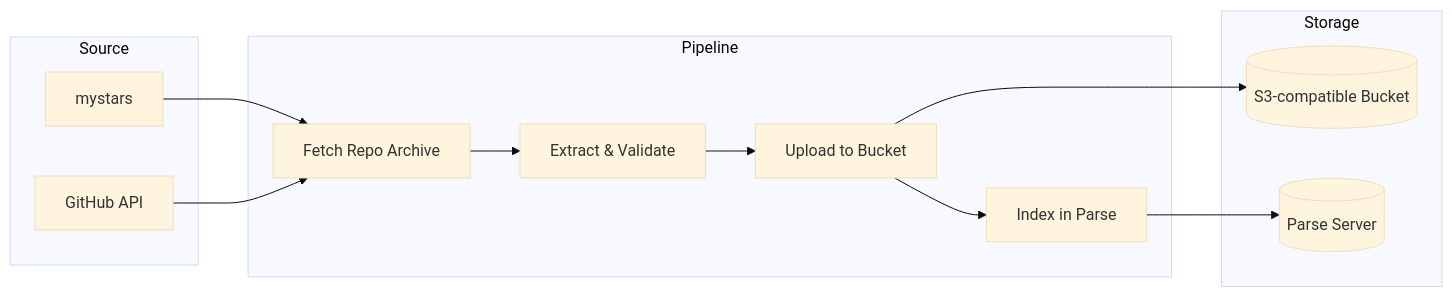
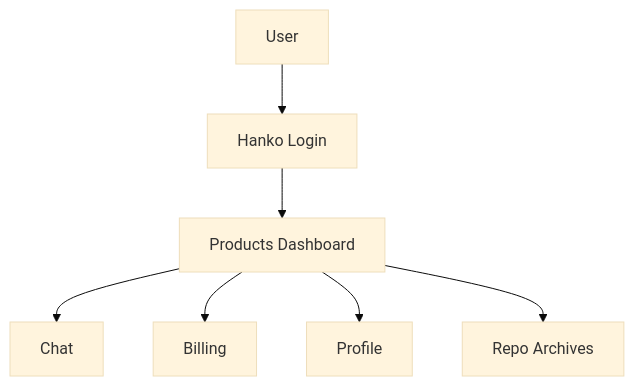
One commit to dirm02/bloggista changed the third of 9 diagrams in expansion.md. Above: the diagram before and after it, drawn with Mermaid (base theme). The commit also changed other lines of this file, not shown here.

Commit message:
expand2billing

````diff
--- a/expansion.md
+++ b/expansion.md
@@ -75,27 +104,9 @@
 ```mermaid
-flowchart LR
-    subgraph Source [Source]
-        GitHub[GitHub API]
-        mystars[mystars]
-    end
-
-    subgraph Pipeline [Pipeline]
-        Fetch[Fetch Repo Archive]
-        Extract[Extract & Validate]
-        Upload[Upload to Bucket]
-        Index[Index in Parse]
-    end
-
-    subgraph Storage [Storage]
-        Bucket[(S3-compatible Bucket)]
-        ParseDB[(Parse Server)]
-    end
-
-    mystars --> Fetch
-    GitHub --> Fetch
-    Fetch --> Extract
-    Extract --> Upload
-    Upload --> Bucket
-    Upload --> Index
-    Index --> ParseDB
+flowchart TB
+    User[User] --> Login[Hanko Login]
+    Login --> Products[Products Dashboard]
+    Products --> Chat[Chat]
+    Products --> Billing[Billing]
+    Products --> Profile[Profile]
+    Products --> Archives[Repo Archives]
 ```
````
